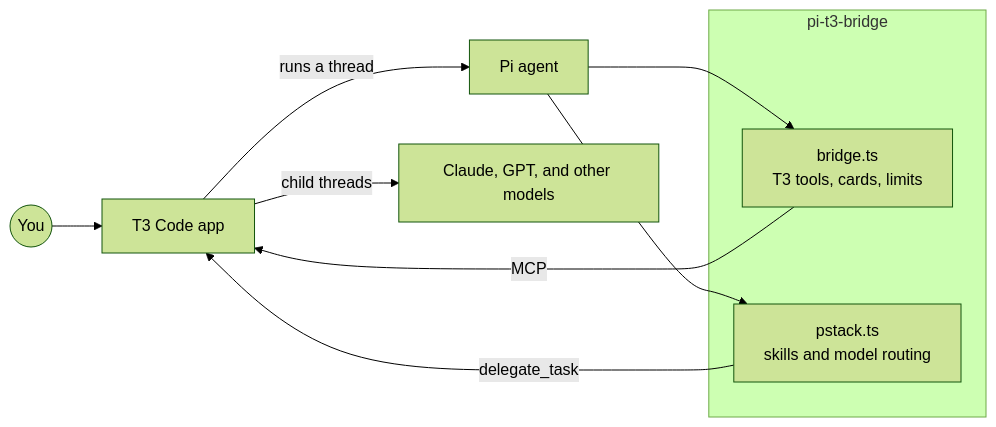
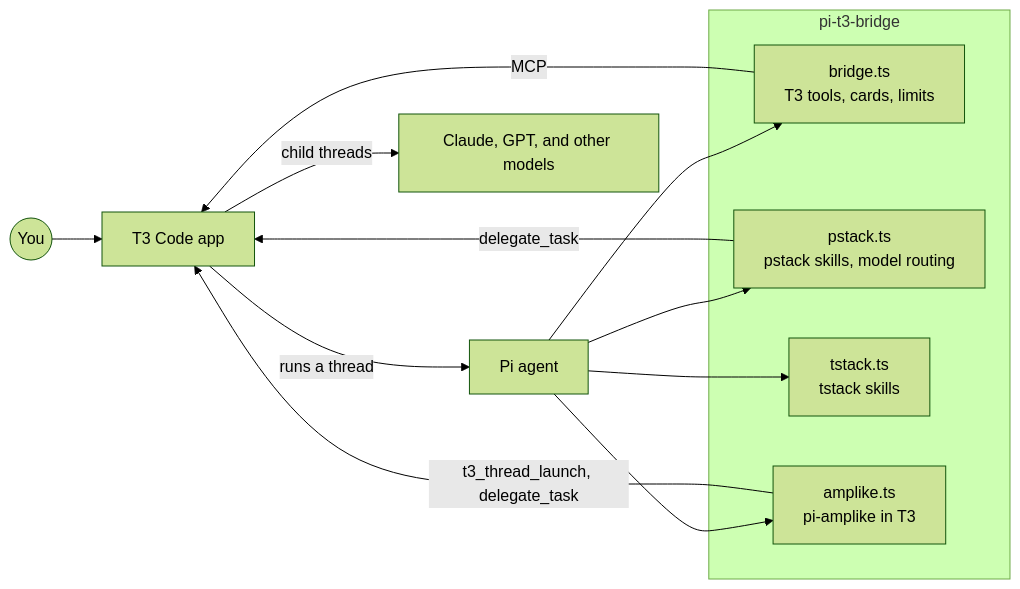
Before and after one commit to DeathSurfing/pi-t3-bridge: the first of 5 diagrams in README.md, drawn with Mermaid (forest theme). The commit also changed other lines of this file, not shown here.

Commit message:
docs: rewrite README in plain language with diagrams

````diff
--- a/README.md
+++ b/README.md
@@ -5,14 +5,19 @@
 ```mermaid
 flowchart LR
     User((You)) --> T3[T3 Code app]
     T3 -->|runs a thread| Pi[Pi agent]
     subgraph pkg [pi-t3-bridge]
         Bridge[bridge.ts<br/>T3 tools, cards, limits]
-        Pstack[pstack.ts<br/>skills and model routing]
+        Pstack[pstack.ts<br/>pstack skills, model routing]
+        Tstack[tstack.ts<br/>tstack skills]
+        Amplike[amplike.ts<br/>pi-amplike in T3]
     end
     Pi --> Bridge
     Pi --> Pstack
+    Pi --> Tstack
+    Pi --> Amplike
     Bridge -->|MCP| T3
     Pstack -->|delegate_task| T3
+    Amplike -->|t3_thread_launch, delegate_task| T3
     T3 -->|child threads| Children[Claude, GPT, and other models]
 ```
````
